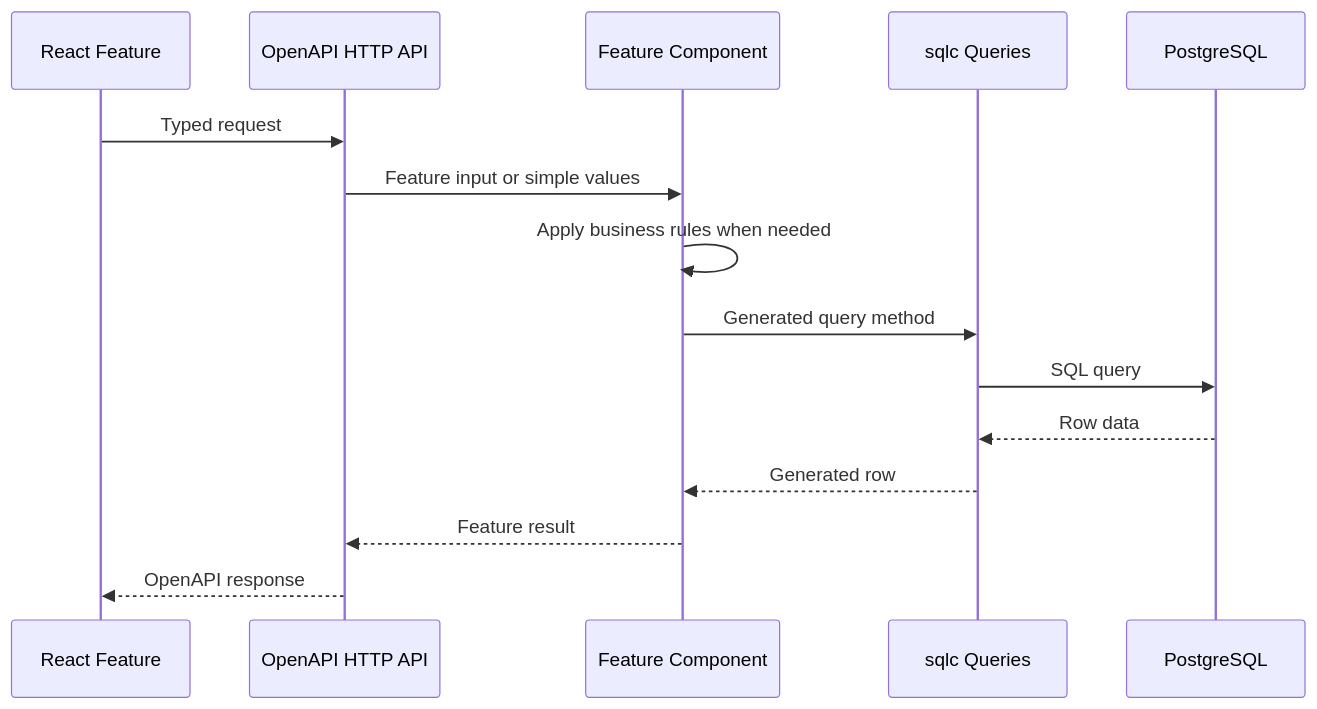
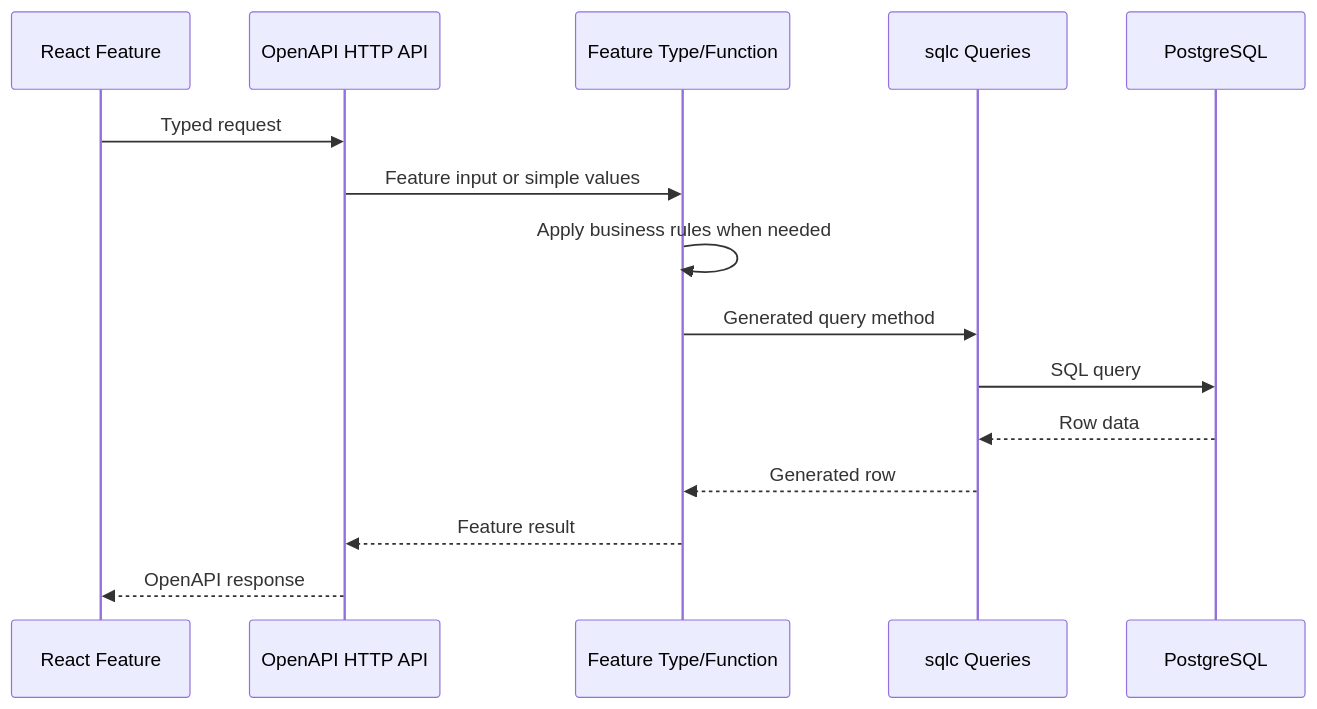
The third of 3 diagrams in docs/foundation/technical-direction.md (finsight-org/finsight), drawn with Mermaid before and after one commit. The commit also changed other lines of this file and 67 other files, not shown here.

````diff
--- a/docs/foundation/technical-direction.md
+++ b/docs/foundation/technical-direction.md
@@ -68,18 +68,18 @@
 ```mermaid
 sequenceDiagram
     participant Web as React Feature
     participant API as OpenAPI HTTP API
-    participant Feature as Feature Component
+    participant Feature as Feature Type/Function
     participant SQLC as sqlc Queries
     participant DB as PostgreSQL
 
     Web->>API: Typed request
     API->>Feature: Feature input or simple values
     Feature->>Feature: Apply business rules when needed
     Feature->>SQLC: Generated query method
     SQLC->>DB: SQL query
     DB-->>SQLC: Row data
     SQLC-->>Feature: Generated row
     Feature-->>API: Feature result
     API-->>Web: OpenAPI response
 ```
````
